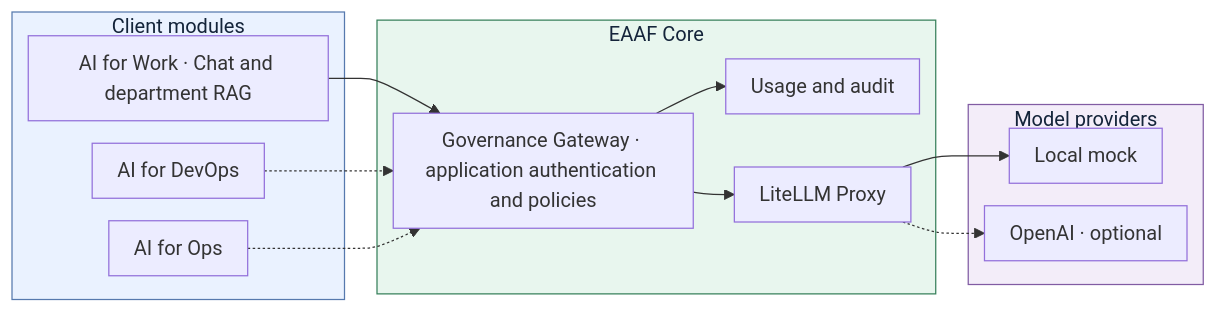
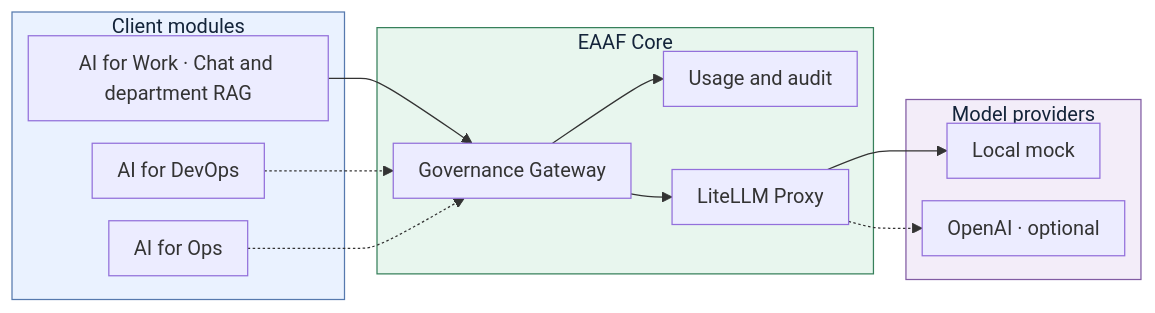
One commit to tandrian06/eaaf changed the diagram in README.md. Above: the diagram before and after it, drawn with Mermaid.

Commit message:
Shorten the Gateway label in the architecture diagram

````diff
--- a/README.md
+++ b/README.md
@@ -19,38 +19,38 @@
 ```mermaid
 ---
 config:
   flowchart:
     nodeSpacing: 18
     rankSpacing: 26
     padding: 10
 ---
 flowchart LR
     subgraph Clients["Client modules"]
         Work["AI for Work · Chat and department RAG"]
         DevOps["AI for DevOps"]
         Ops["AI for Ops"]
     end
 
     subgraph Core["EAAF Core"]
-        Gateway["Governance Gateway · application authentication and policies"]
+        Gateway["Governance Gateway"]
         Audit["Usage and audit"]
         Router["LiteLLM Proxy"]
         Gateway --> Audit
         Gateway --> Router
     end
 
     subgraph Providers["Model providers"]
         Mock["Local mock"]
         OpenAI["OpenAI · optional"]
     end
 
     Work --> Gateway
     DevOps -.-> Gateway
     Ops -.-> Gateway
     Router --> Mock
     Router -.-> OpenAI
 
     style Clients fill:#eaf2ff,stroke:#5679ae,color:#14243a
     style Core fill:#e8f6ee,stroke:#37805b,color:#14243a
     style Providers fill:#f3edf9,stroke:#815ca3,color:#14243a
 ```
````
